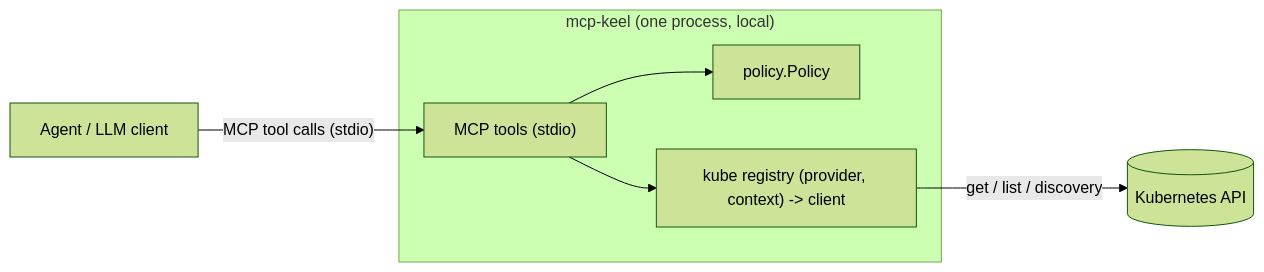
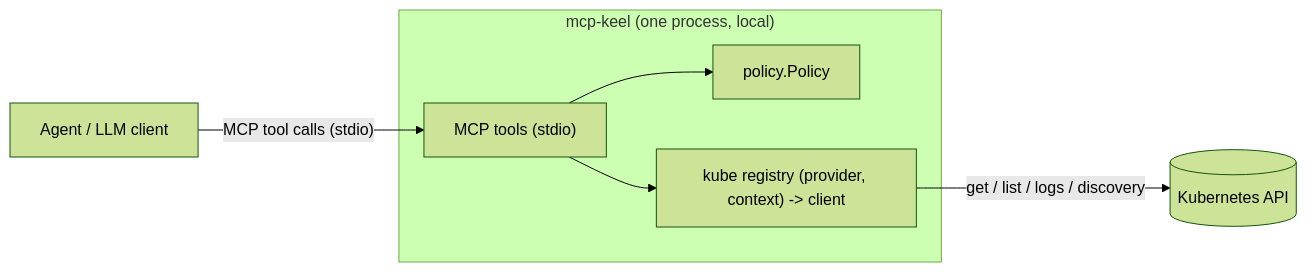
One commit to haininghu/mcp-keel changed the first of 2 diagrams in ai/architecture.md. Above: the diagram before and after it, drawn with Mermaid (forest theme). The commit also changed other lines of this file and 14 other files, not shown here.

````diff
--- a/ai/architecture.md
+++ b/ai/architecture.md
@@ -31,14 +32,14 @@
 ```mermaid
 flowchart LR
   Agent["Agent / LLM client"]
   subgraph Proc["mcp-keel (one process, local)"]
     Tools["MCP tools (stdio)"]
     Engine["policy.Policy"]
     Kube["kube registry (provider, context) -> client"]
   end
   API[("Kubernetes API")]
   Agent -- "MCP tool calls (stdio)" --> Tools
   Tools --> Engine
   Tools --> Kube
-  Kube -- "get / list / discovery" --> API
+  Kube -- "get / list / logs / discovery" --> API
 ```
````
